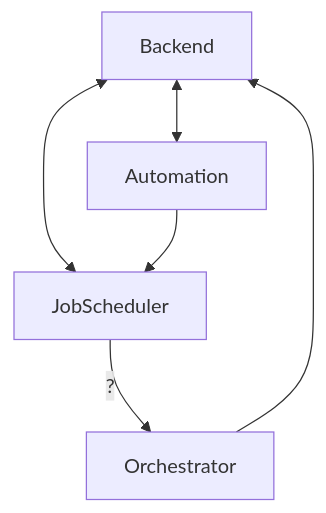
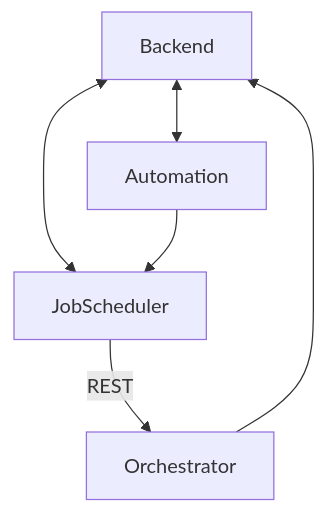
Before and after one commit to Bazant-Inc/general: the diagram in docs/kafka-topics.md, drawn with Mermaid. The commit also changed other lines of this file, not shown here.

````diff
--- a/docs/kafka-topics.md
+++ b/docs/kafka-topics.md
@@ -11,8 +11,8 @@
 ```mermaid
 graph TD;
     Backend<-->Automation;
     Backend<-->JobScheduler;
     Orchestrator-->Backend;
-    JobScheduler-- ? -->Orchestrator;
+    JobScheduler-- REST -->Orchestrator;
     Automation-->JobScheduler
 ```
````
